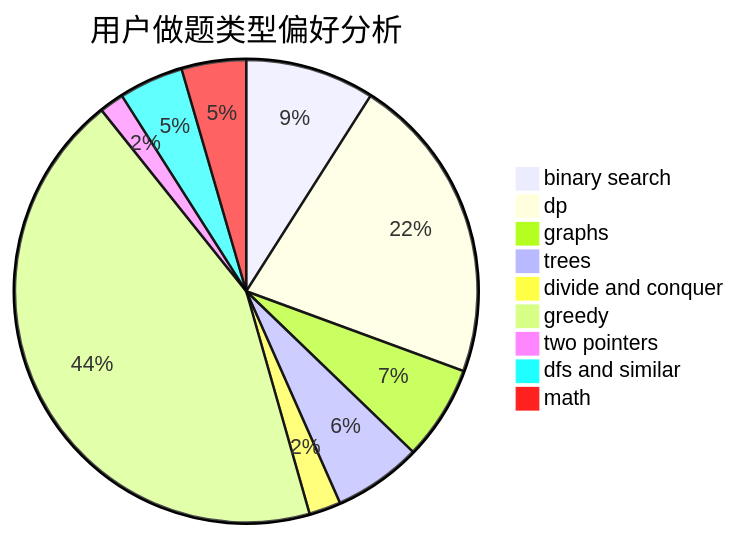
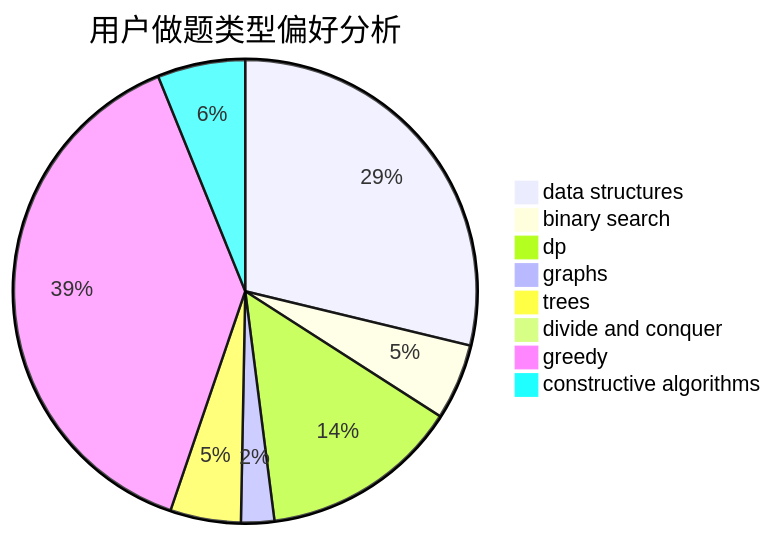
One commit to sherpahu/cfrs.github.io changed the second of 3 diagrams in docs/user/u1874.md. Above: the diagram before and after it, drawn with Mermaid. The commit also changed other lines of this file and 2775 other files, not shown here.

````diff
--- a/docs/user/u1874.md
+++ b/docs/user/u1874.md
@@ -23,12 +23,11 @@
 ```mermaid
 pie title 用户做题类型偏好分析
-    "binary search" :  142
-    "dp" :  340
-    "graphs" :  104
-    "trees" :  97
-    "divide and conquer" :  35
-    "greedy" :  688
-    "two pointers" :  27
-    "dfs and similar" :  71
-    "math" :  71
+    "data structures" :  385
+    "binary search" :  71
+    "dp" :  186
+    "graphs" :  31
+    "trees" :  66
+    "divide and conquer" :  0
+    "greedy" :  517
+    "constructive algorithms" :  82
 ```
````
